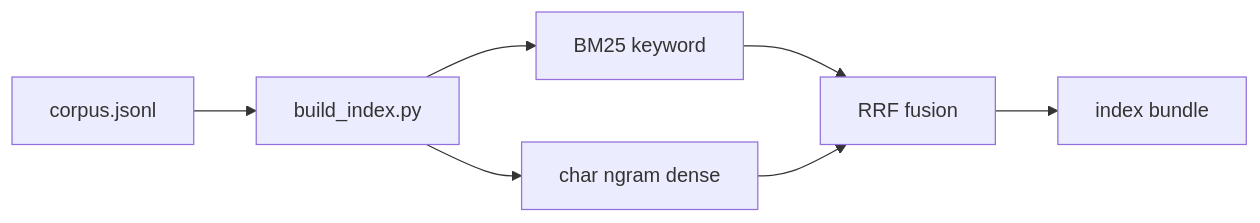
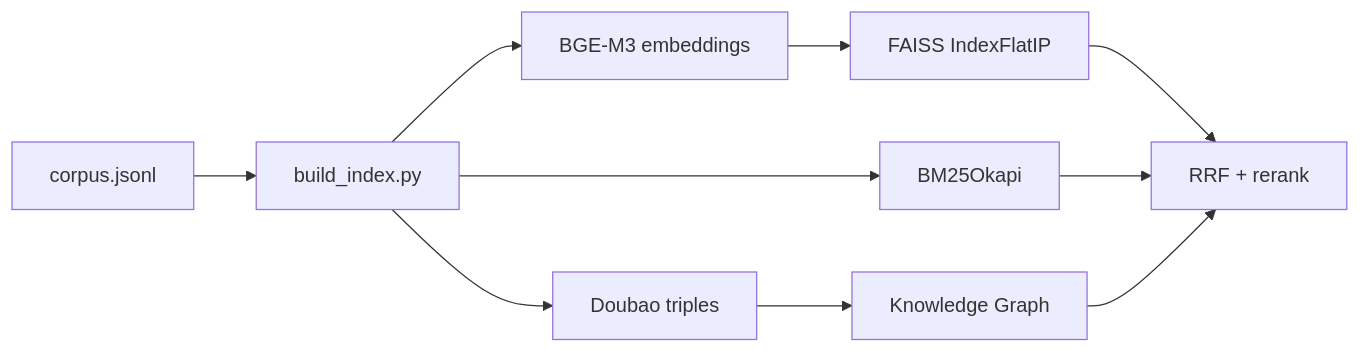
The fourth of 16 diagrams in demo/README.md (Lafinger/AgenticRAG-RL), drawn with Mermaid before and after one commit. The commit also changed other lines of this file and 27 other files, not shown here.

````diff
--- a/demo/README.md
+++ b/demo/README.md
@@ -200,9 +208,12 @@
 ```mermaid
 flowchart LR
     A["corpus.jsonl"] --> B["build_index.py"]
-    B --> C["BM25 keyword"]
-    B --> D["char ngram dense"]
-    C --> E["RRF fusion"]
-    D --> E
-    E --> F["index bundle"]
+    B --> C["BGE-M3 embeddings"]
+    C --> D["FAISS IndexFlatIP"]
+    B --> E["BM25Okapi"]
+    B --> F["Doubao triples"]
+    F --> G["Knowledge Graph"]
+    D --> H["RRF + rerank"]
+    E --> H
+    G --> H
 ```
````
